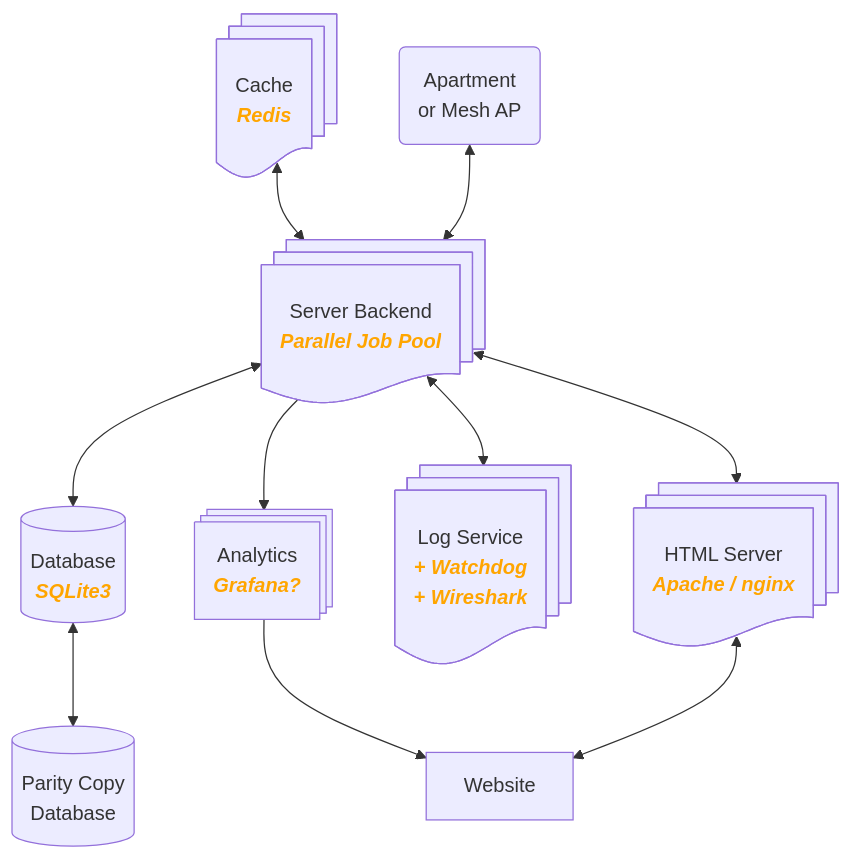
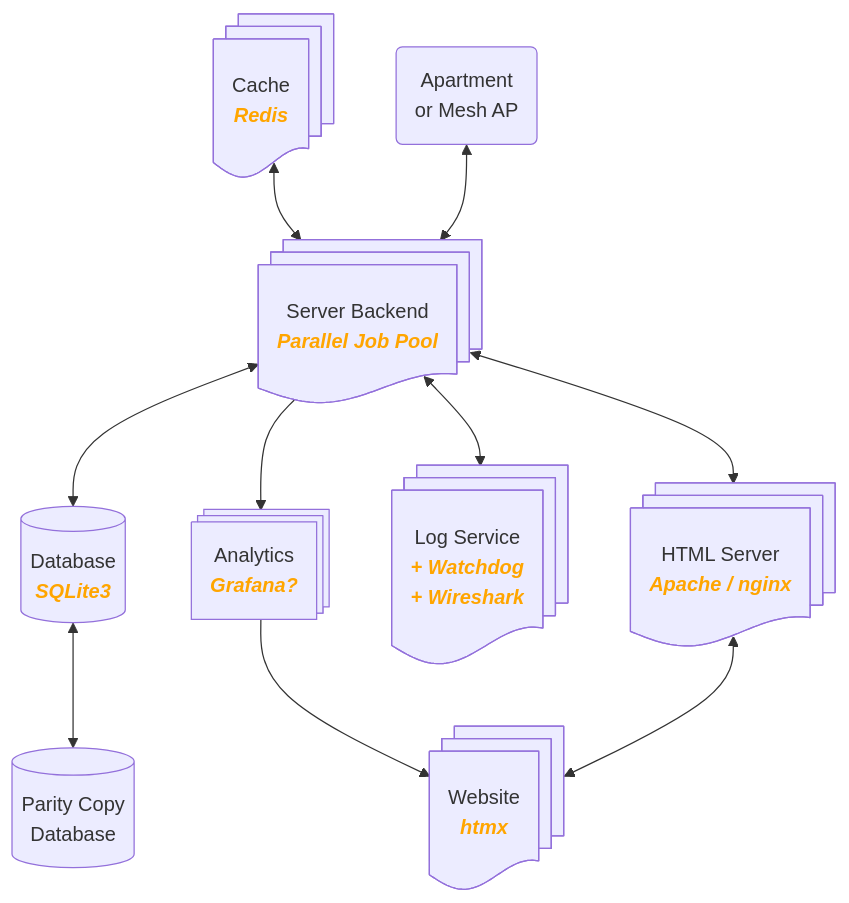
Before and after one commit to Rackhamn/iot_arch_project1: the first of 7 diagrams in README.md, drawn with Mermaid.

Commit message:
Added HTMX to website in server graph

````diff
--- a/README.md
+++ b/README.md
@@ -51,16 +51,16 @@
 ```mermaid
 graph TD
     ServerCache@{ shape: docs, label: "Cache<br/><p style="color: orange;"><b><i>Redis</i></b></p>" } <--> Server
     Server@{ shape: docs, label: "Server Backend<br/><p style="color: orange;"><b><i>Parallel Job Pool</i></b></p>" }
     Server <--> DB@{ shape: cyl, label: "Database<br/><p style="color: orange;"><b><i>SQLite3</i></b></p>" }
     Server --> Anal@{ shape: processes, label: "Analytics<br/><p style="color: orange;"><b><i>Grafana?</i></b></p>" }
     DB <--> BD2@{ shape: cyl, label: "Parity Copy<br/>Database" }
 
     Anal --> Website[Website]
     %% Website <--> User@{ shape: hex, label: "User<br/><p style="color: orange;"><b><i>APT Owner</i></b></p>"}
 
     Server <--> Logger@{ shape: docs, label: "Log Service<br/><p style="color: orange;"><b><i>+ Watchdog<br/>+ Wireshark</i></b></p>" }
     Server <--> ServerHTML@{ shape: docs, label: "HTML Server<br/><p style="color: orange;"><b><i>Apache / nginx</i></b></p>" }
-    ServerHTML <--> Website
+    ServerHTML <--> Website@{ shape: docs, label: "Website<br/><b style="color: orange;"><i>htmx</i></b></p>" }
     Apartment(Apartment<br/>or Mesh AP) <--> Server
 ```
````
